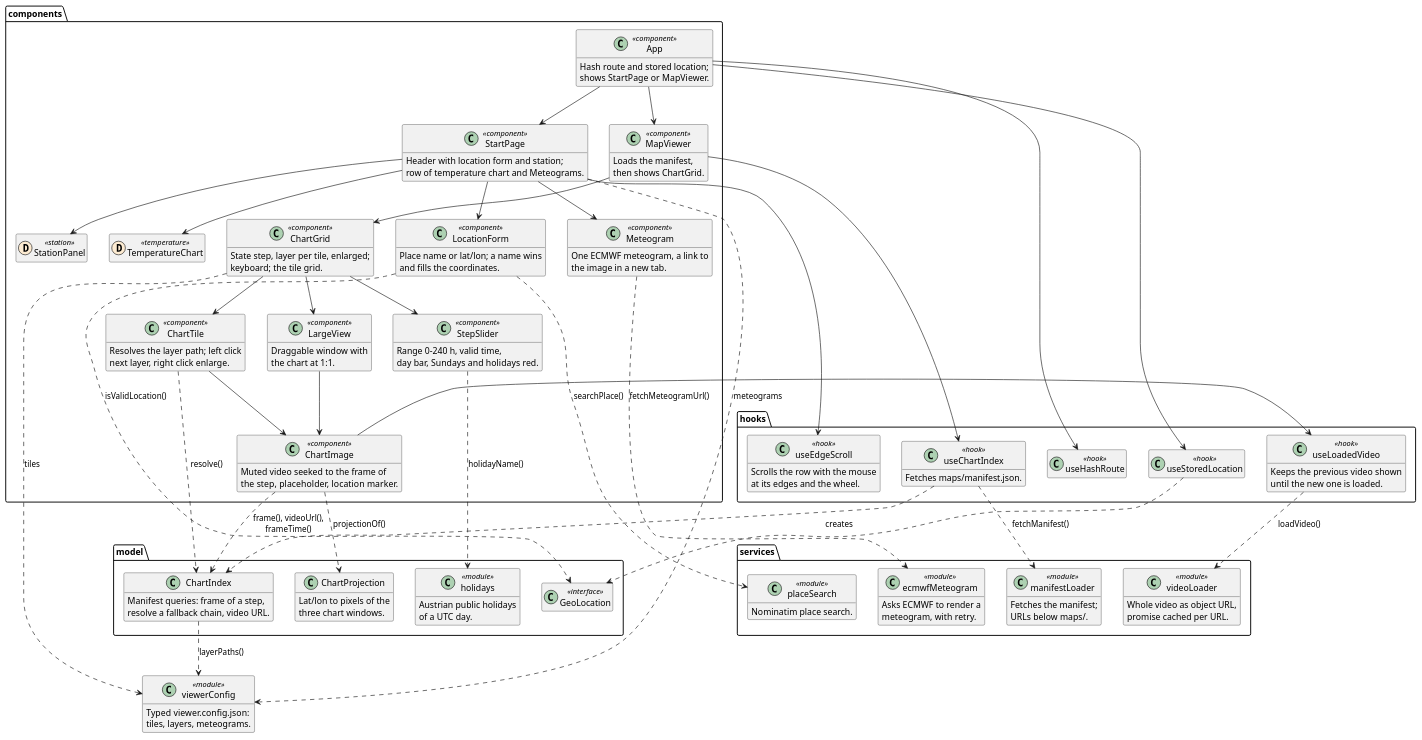
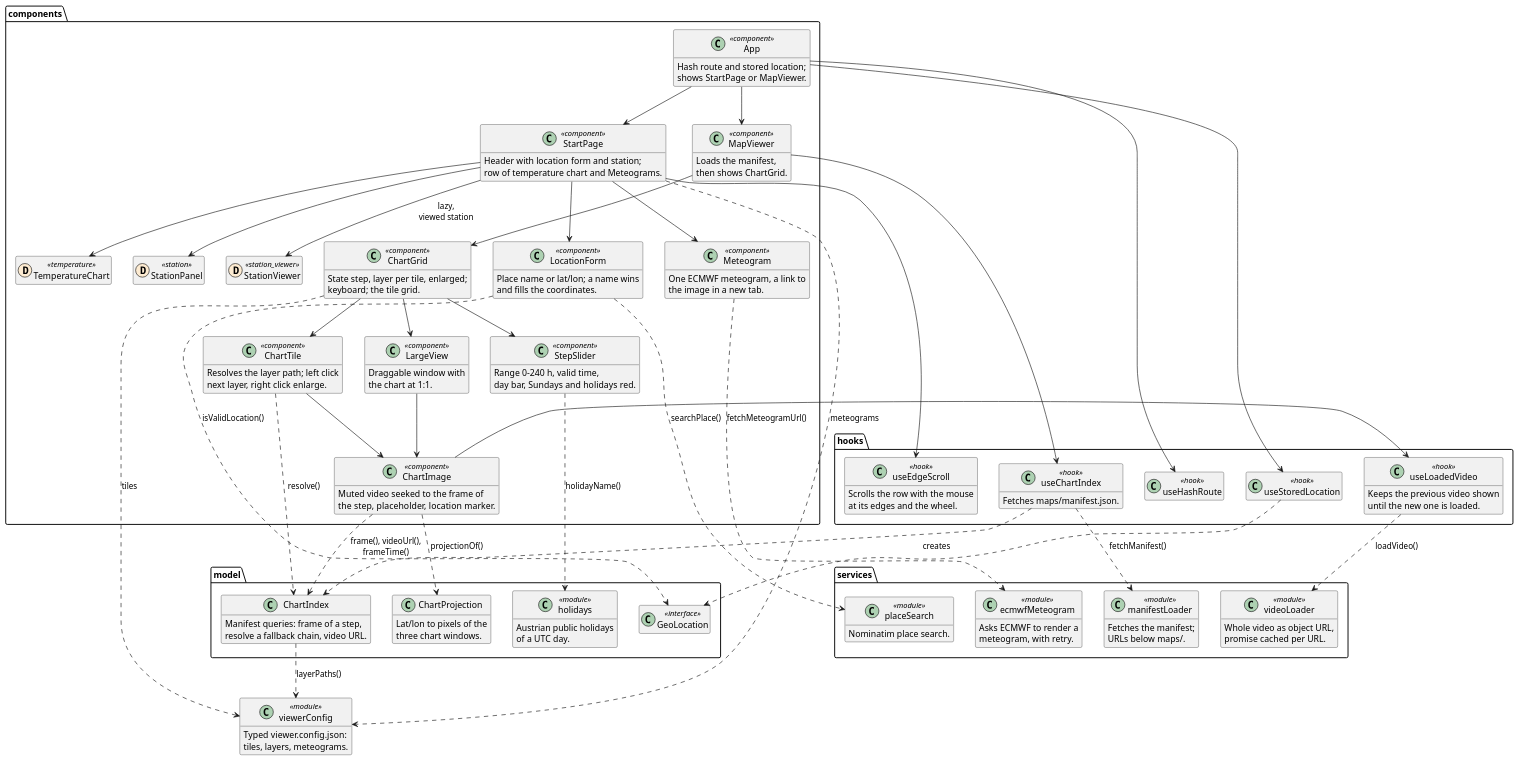
The first of 4 diagrams in REFERENCE.webapp.md (schletz/wetterkartenviewer), drawn with PlantUML before and after one commit. The commit also changed other lines of this file and 30 other files, not shown here.

```diff
--- a/REFERENCE.webapp.md
+++ b/REFERENCE.webapp.md
@@ -44,6 +44,7 @@
  }
  class TemperatureChart << (D,#fdebd1) temperature >>
  class StationPanel << (D,#fdebd1) station >>
+ class StationViewer << (D,#fdebd1) station_viewer >>
  class LocationForm <<component>> {
  Place name or lat/lon; a name wins
  and fills the coordinates.
@@ -137,6 +138,7 @@
 StartPage --> useEdgeScroll
 StartPage --> TemperatureChart
 StartPage --> StationPanel
+StartPage --> StationViewer : lazy,\nviewed station
 StartPage ..> viewerConfig : meteograms
 LocationForm ..> placeSearch : searchPlace()
 LocationForm ..> GeoLocation : isValidLocation()
```
